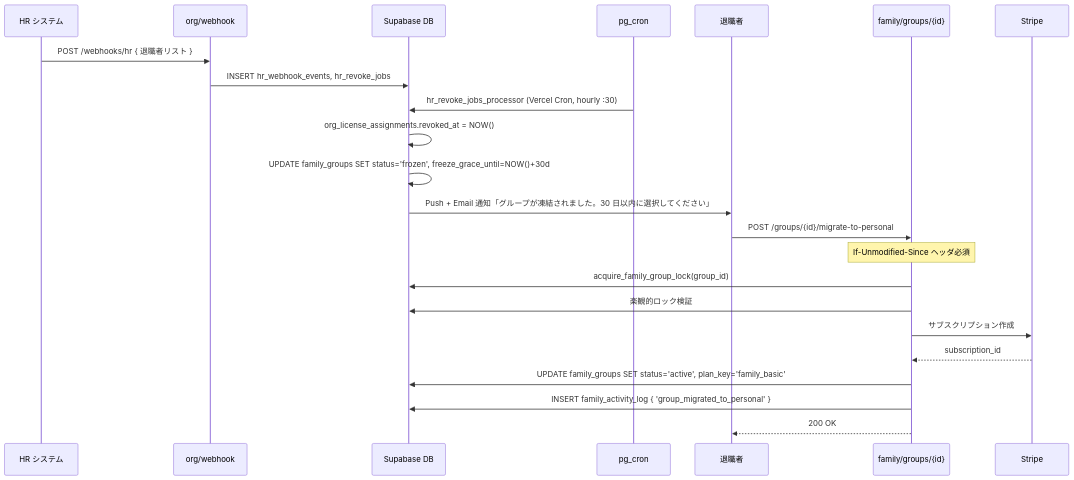
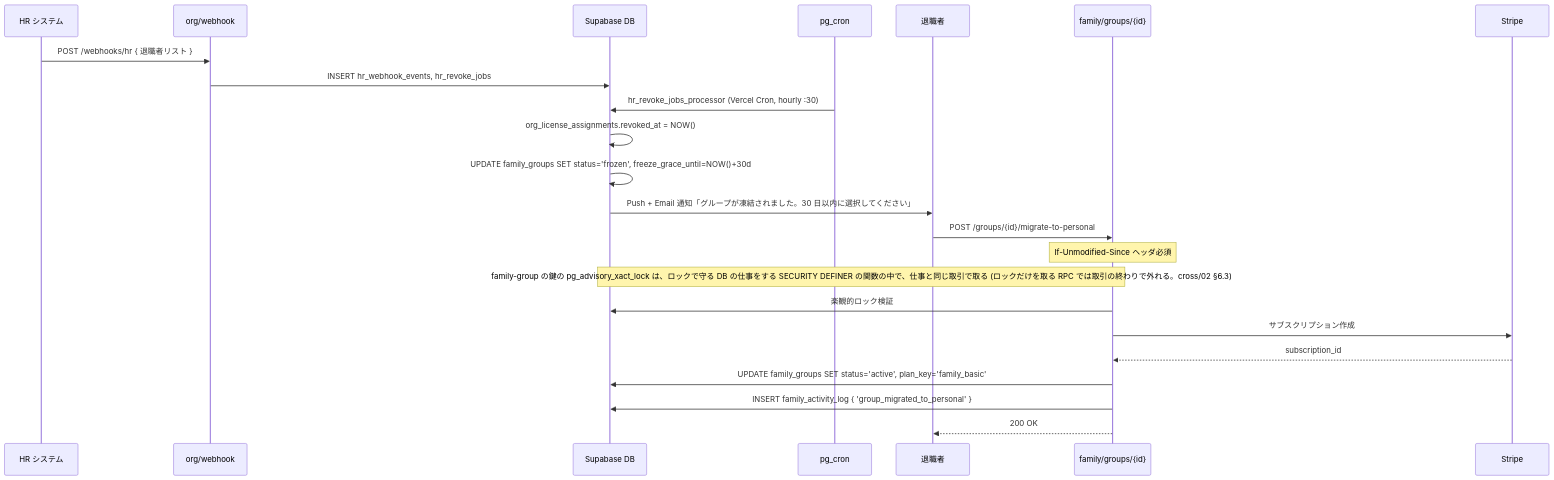
The fourth of 4 diagrams in docs/design/family/07-lifecycle.md (DaisukeHori/homegohan-app), drawn with Mermaid before and after one commit. The commit also changed other lines of this file and 6 other files, not shown here.

Commit message:
docs(design): advisory lock は仕事をする SECURITY DEFINER の関数の中で取る形に全域でそろえる (cross/02 §6.2.1・§6.3・family/02・07・org/02・04・05)

````diff
--- a/docs/design/family/07-lifecycle.md
+++ b/docs/design/family/07-lifecycle.md
@@ -384,28 +384,28 @@
 ```mermaid
 sequenceDiagram
   participant HR as HR システム
   participant OrgAPI as org/webhook
   participant DB as Supabase DB
   participant Cron as pg_cron
   participant User as 退職者
   participant FamilyAPI as family/groups/{id}
 
   HR->>OrgAPI: POST /webhooks/hr { 退職者リスト }
   OrgAPI->>DB: INSERT hr_webhook_events, hr_revoke_jobs
 
   Cron->>DB: hr_revoke_jobs_processor (Vercel Cron, hourly :30)
   DB->>DB: org_license_assignments.revoked_at = NOW()
   DB->>DB: UPDATE family_groups SET status='frozen', freeze_grace_until=NOW()+30d
 
   DB->>User: Push + Email 通知「グループが凍結されました。30 日以内に選択してください」
 
   User->>FamilyAPI: POST /groups/{id}/migrate-to-personal
   Note over FamilyAPI: If-Unmodified-Since ヘッダ必須
-  FamilyAPI->>DB: acquire_family_group_lock(group_id)
+  Note over FamilyAPI,DB: family-group の鍵の pg_advisory_xact_lock は、ロックで守る DB の仕事をする SECURITY DEFINER の関数の中で、仕事と同じ取引で取る (ロックだけを取る RPC では取引の終わりで外れる。cross/02 §6.3)
   FamilyAPI->>DB: 楽観的ロック検証
   FamilyAPI->>Stripe: サブスクリプション作成
   Stripe-->>FamilyAPI: subscription_id
   FamilyAPI->>DB: UPDATE family_groups SET status='active', plan_key='family_basic'
   FamilyAPI->>DB: INSERT family_activity_log { 'group_migrated_to_personal' }
   FamilyAPI-->>User: 200 OK
 ```
````
